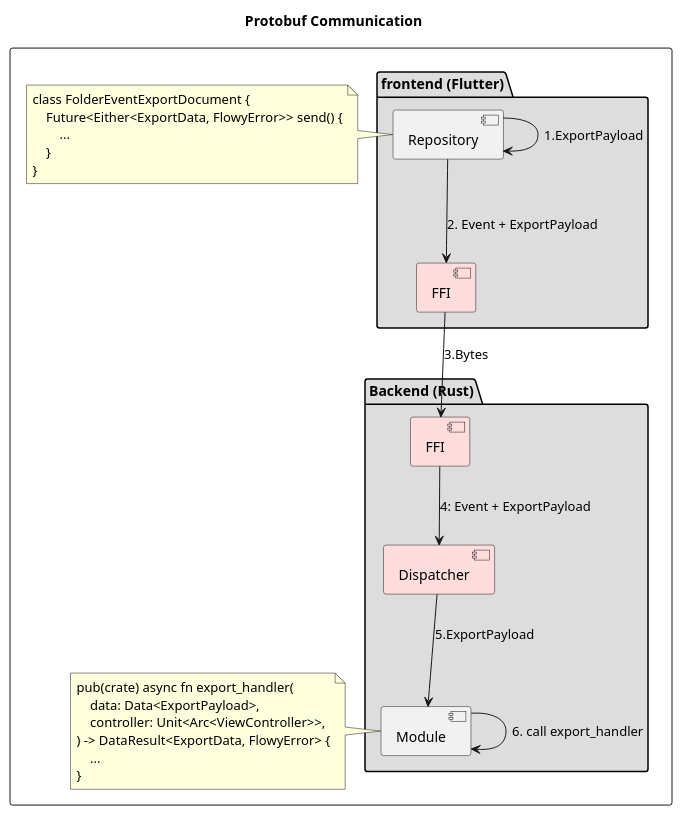
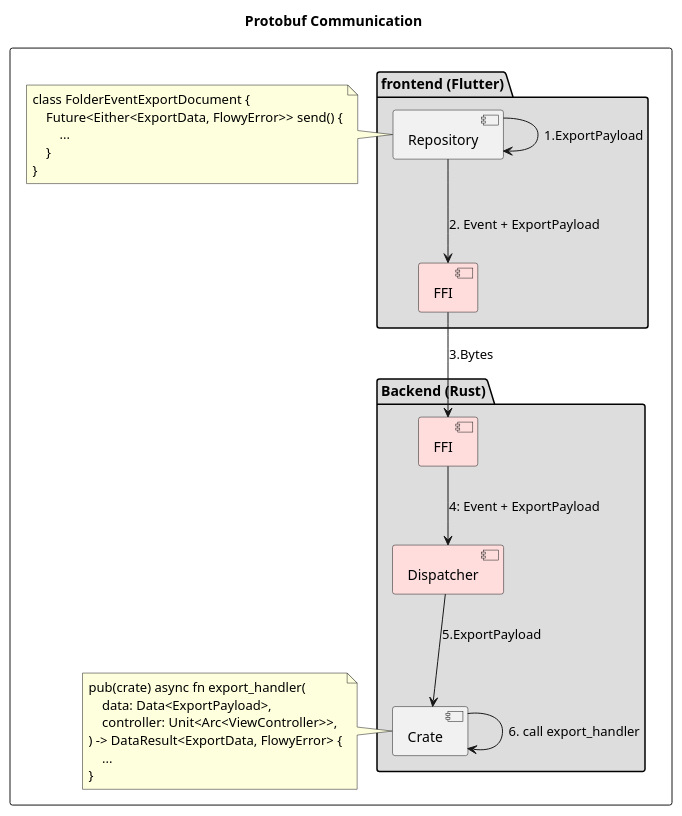
One commit to AppFlowy-IO/AppFlowy-Docs changed the second of 2 diagrams in uml/rust_classes/event_map.plantuml. Above: the diagram before and after it, drawn with PlantUML. The commit also changed other lines of this file and 4 other files, not shown here.

```diff
--- a/uml/rust_classes/event_map.plantuml
+++ b/uml/rust_classes/event_map.plantuml
@@ -23,40 +33,40 @@
 @startuml FlowySDK
 title Protobuf Communication
 top to bottom direction
 'skinparam linetype polyline
 
 rectangle {
     package "frontend (Flutter)" #DDDDDD {
         component Repository
         component FFI_Frontend as "FFI" #FFDDDD
     }
     note left of Repository
     class FolderEventExportDocument {
         Future<Either<ExportData, FlowyError>> send() {
             ...
         }
     }
     end note
 
     package "Backend (Rust)" #DDDDDD {
-        component Module
+        component Crate
         component Dispatcher as "Dispatcher" #FFDDDD
         component FFI_Backend as "FFI" #FFDDDD
     }
-    note left of Module
+    note left of Crate
     pub(crate) async fn export_handler(
         data: Data<ExportPayload>,
         controller: Unit<Arc<ViewController>>,
     ) -> DataResult<ExportData, FlowyError> {
         ...
     }
     end note
 }
 
 Repository --> Repository: 1.ExportPayload
 Repository --> FFI_Frontend: 2. Event + ExportPayload
 FFI_Frontend --> FFI_Backend: 3.Bytes
 FFI_Backend --> Dispatcher: 4: Event + ExportPayload
-Dispatcher --> Module: 5.ExportPayload
-Module --> Module : 6. call export_handler
+Dispatcher --> Crate: 5.ExportPayload
+Crate --> Crate : 6. call export_handler
 @enduml
```
